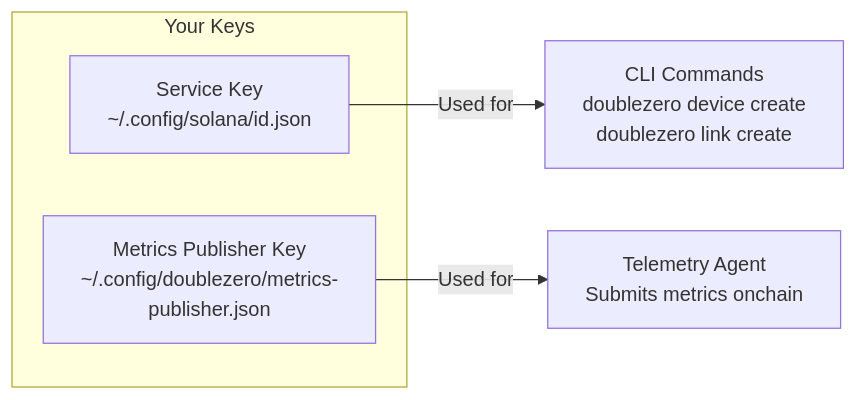
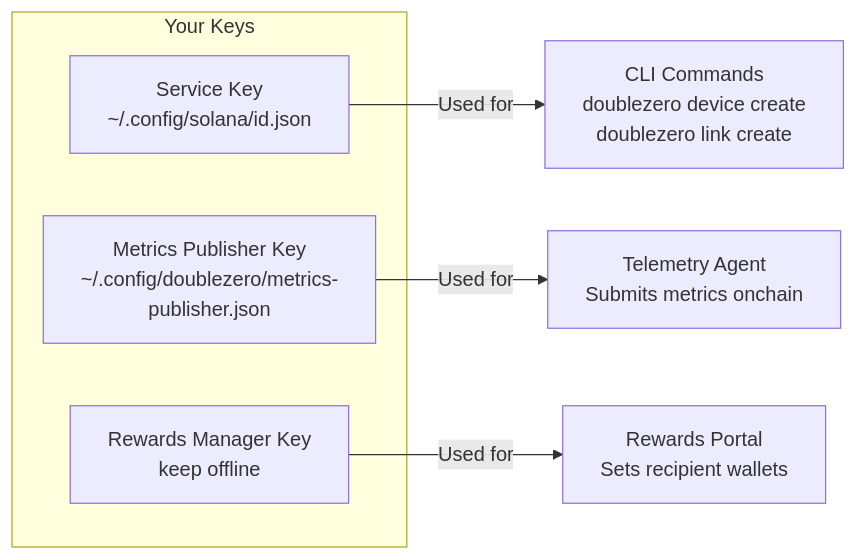
Before and after one commit to malbeclabs/docs: the fourth of 9 diagrams in docs/contribute-provisioning.it.md, drawn with Mermaid. The commit also changed other lines of this file and 34 other files, not shown here.

````diff
--- a/docs/contribute-provisioning.it.md
+++ b/docs/contribute-provisioning.it.md
@@ -166,10 +208,12 @@
 ```mermaid
 flowchart LR
     subgraph "Your Keys"
         SK[Service Key<br/>~/.config/solana/id.json]
         MK[Metrics Publisher Key<br/>~/.config/doublezero/metrics-publisher.json]
+        RK[Rewards Manager Key<br/>keep offline]
     end
 
     SK -->|Used for| CLI[CLI Commands<br/>doublezero device create<br/>doublezero link create]
     MK -->|Used for| TEL[Telemetry Agent<br/>Submits metrics onchain]
+    RK -->|Used for| REW[Rewards Portal<br/>Sets recipient wallets]
 ```
````
